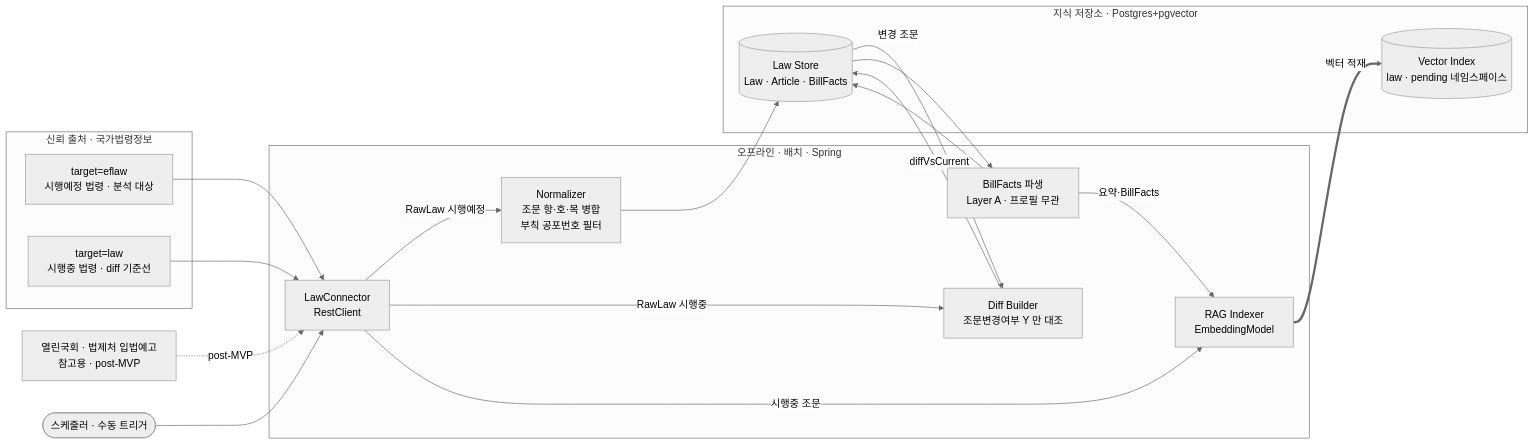
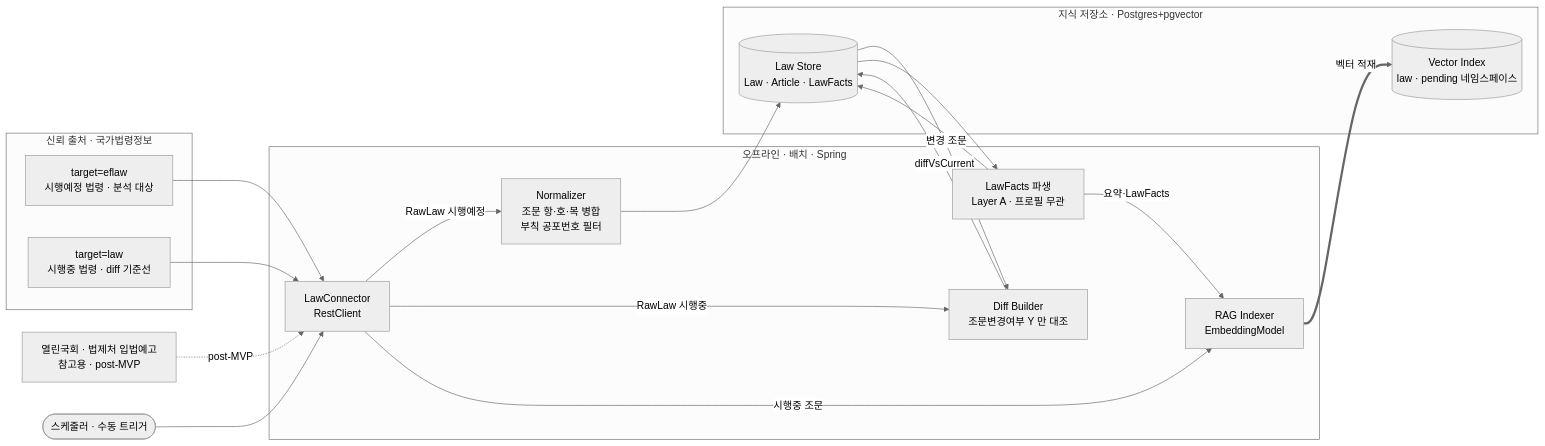
One commit to HappyGogildong/Legal-data-impact-service changed the first of 2 diagrams in docs/architecture/v0.8-pending-law-corpus.md. Above: the diagram before and after it, drawn with Mermaid (neutral theme). The commit also changed other lines of this file and 13 other files, not shown here.

First line of the commit message:
docs: BillFacts → LawFacts 개명 (D44)

````diff
--- a/docs/architecture/v0.8-pending-law-corpus.md
+++ b/docs/architecture/v0.8-pending-law-corpus.md
@@ -60,33 +61,33 @@
 ```mermaid
 flowchart LR
     subgraph SRC["신뢰 출처 · 국가법령정보"]
         A1["target=eflaw<br/>시행예정 법령 · 분석 대상"]
         A2["target=law<br/>시행중 법령 · diff 기준선"]
     end
     A3["열린국회 · 법제처 입법예고<br/>참고용 · post-MVP"]
 
     subgraph OFF["오프라인 · 배치 · Spring"]
         C1["LawConnector<br/>RestClient"]
         C3["Normalizer<br/>조문 항·호·목 병합<br/>부칙 공포번호 필터"]
         C7["Diff Builder<br/>조문변경여부 Y 만 대조"]
-        C6["BillFacts 파생<br/>Layer A · 프로필 무관"]
+        C6["LawFacts 파생<br/>Layer A · 프로필 무관"]
         C5["RAG Indexer<br/>EmbeddingModel"]
     end
 
     subgraph STORE["지식 저장소 · Postgres+pgvector"]
-        S1[("Law Store<br/>Law · Article · BillFacts")]
+        S1[("Law Store<br/>Law · Article · LawFacts")]
         S2[("Vector Index<br/>law · pending 네임스페이스")]
     end
 
     SCH(["스케줄러 · 수동 트리거"]) --> C1
     A1 --> C1
     A2 --> C1
     A3 -. post-MVP .-> C1
     C1 -->|RawLaw 시행예정| C3 --> S1
     C1 -->|RawLaw 시행중| C7
     S1 -->|변경 조문| C7 -->|diffVsCurrent| S1
     S1 --> C6 --> S1
     C1 -->|시행중 조문| C5
-    C6 -->|요약·BillFacts| C5
+    C6 -->|요약·LawFacts| C5
     C5 ==>|벡터 적재| S2
 ```
````
